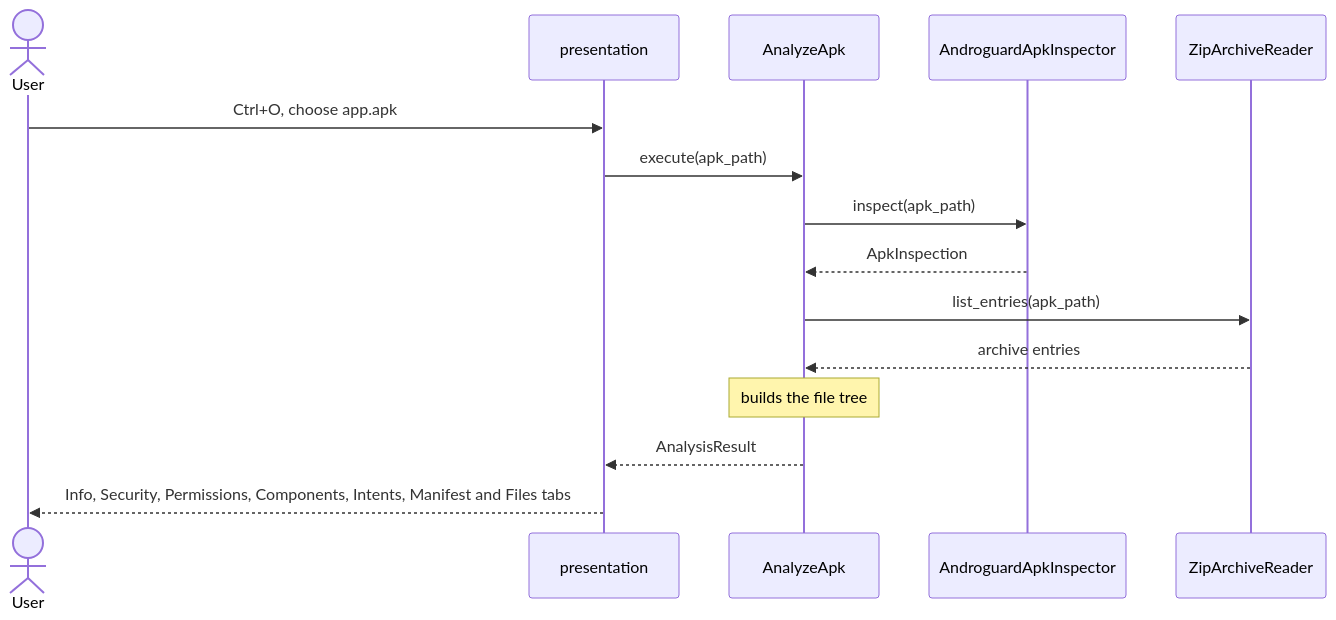
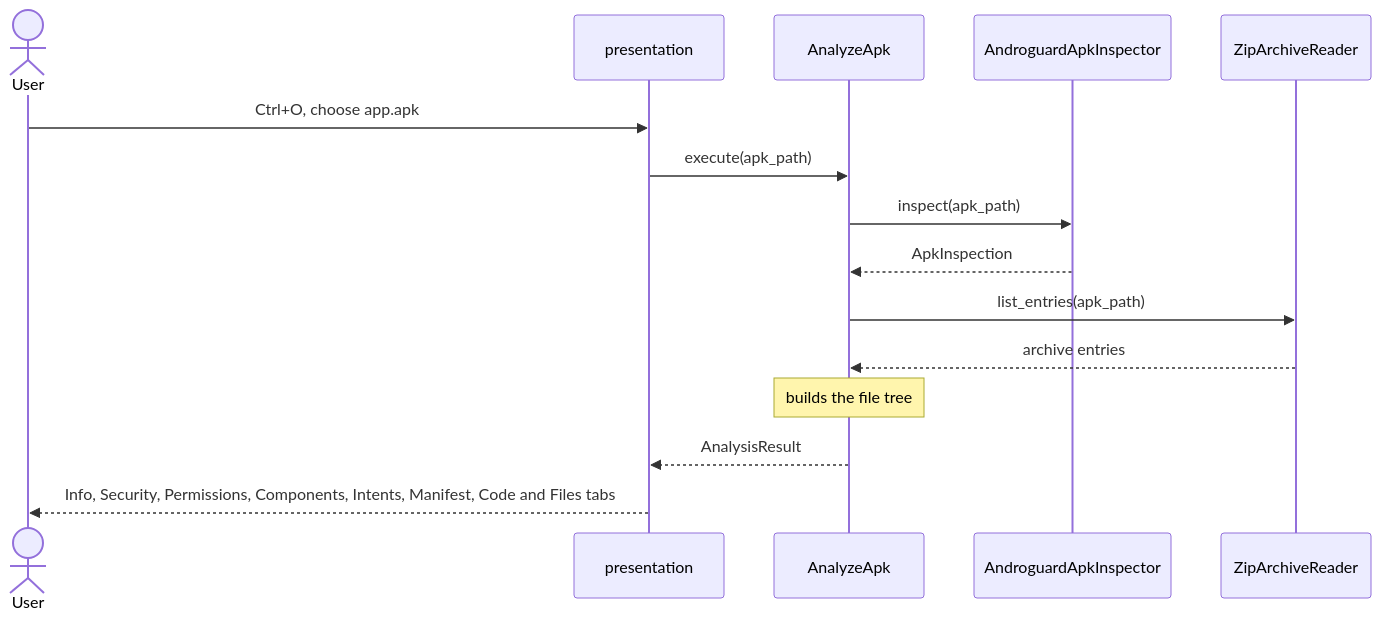
One commit to gmm96/APKDetective changed the second of 2 diagrams in README.md. Above: the diagram before and after it, drawn with Mermaid. The commit also changed other lines of this file and 11 other files, not shown here.

Commit message:
feat: adding tab code, restyling info tab

````diff
--- a/README.md
+++ b/README.md
@@ -394,18 +407,18 @@
 ```mermaid
 sequenceDiagram
     actor U as User
     participant UI as presentation
     participant UC as AnalyzeApk
     participant IN as AndroguardApkInspector
     participant AR as ZipArchiveReader
 
     U->>UI: Ctrl+O, choose app.apk
     UI->>UC: execute(apk_path)
     UC->>IN: inspect(apk_path)
     IN-->>UC: ApkInspection
     UC->>AR: list_entries(apk_path)
     AR-->>UC: archive entries
     Note over UC: builds the file tree
     UC-->>UI: AnalysisResult
-    UI-->>U: Info, Security, Permissions, Components, Intents, Manifest and Files tabs
+    UI-->>U: Info, Security, Permissions, Components, Intents, Manifest, Code and Files tabs
 ```
````
